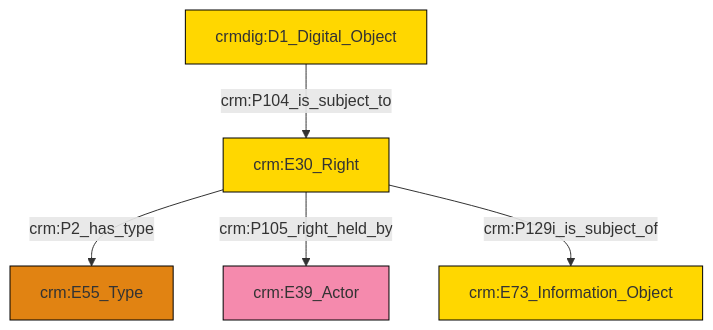
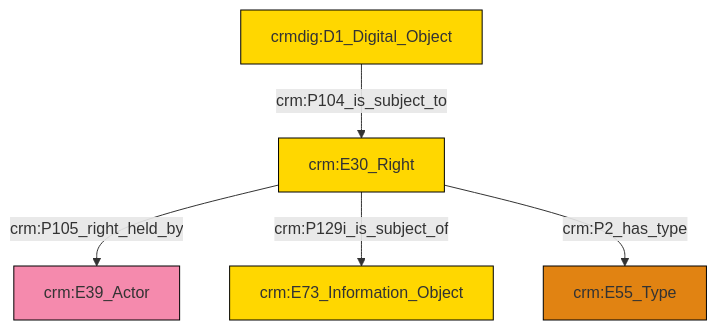
The diagram in et/doCSV/ttl/mmd/do_rights.ttl.mmd (swiss-art-research-net/reference-data-models), drawn with Mermaid before and after one commit. The commit also changed 128 other files, not shown here.

```diff
--- a/et/doCSV/ttl/mmd/do_rights.ttl.mmd
+++ b/et/doCSV/ttl/mmd/do_rights.ttl.mmd
@@ -1,19 +1,19 @@
 graph TD
 classDef Literal fill:#f2f2f2,stroke:#000000;
 classDef CRM_Entity fill:#FFFFFF,stroke:#000000;
 classDef Temporal_Entity fill:#00C9E6, stroke:#000000;
 classDef Type fill:#E18312, stroke:#000000;
 classDef Time-Span fill:#2C9C91, stroke:#000000;
 classDef Appellation fill:#FFEB7F, stroke:#000000;
 classDef Place fill:#008836, stroke:#000000;
 classDef Persistent_Item fill:#B266B2, stroke:#000000;
 classDef Conceptual_Object fill:#FFD700, stroke:#000000;
 classDef Physical_Thing fill:#D2B48C, stroke:#000000;
 classDef Actor fill:#f58aad, stroke:#000000;
 classDef PC_Classes fill:#4ce600, stroke:#000000;
 classDef Multi fill:#cccccc,stroke:#000000;
 
-2["crm:E30_Right"]:::Conceptual_Object -->|crm:P2_has_type| 3["crm:E55_Type"]:::Type
-4["crmdig:D1_Digital_Object"]:::Conceptual_Object -->|crm:P104_is_subject_to| 2["crm:E30_Right"]:::Conceptual_Object
-2["crm:E30_Right"]:::Conceptual_Object -->|crm:P105_right_held_by| 5["crm:E39_Actor"]:::Actor
-2["crm:E30_Right"]:::Conceptual_Object -->|crm:P129i_is_subject_of| 0["crm:E73_Information_Object"]:::Conceptual_Object
+0["crmdig:D1_Digital_Object"]:::Conceptual_Object -->|crm:P104_is_subject_to| 1["crm:E30_Right"]:::Conceptual_Object
+1["crm:E30_Right"]:::Conceptual_Object -->|crm:P105_right_held_by| 7["crm:E39_Actor"]:::Actor
+1["crm:E30_Right"]:::Conceptual_Object -->|crm:P129i_is_subject_of| 3["crm:E73_Information_Object"]:::Conceptual_Object
+1["crm:E30_Right"]:::Conceptual_Object -->|crm:P2_has_type| 5["crm:E55_Type"]:::Type
```
